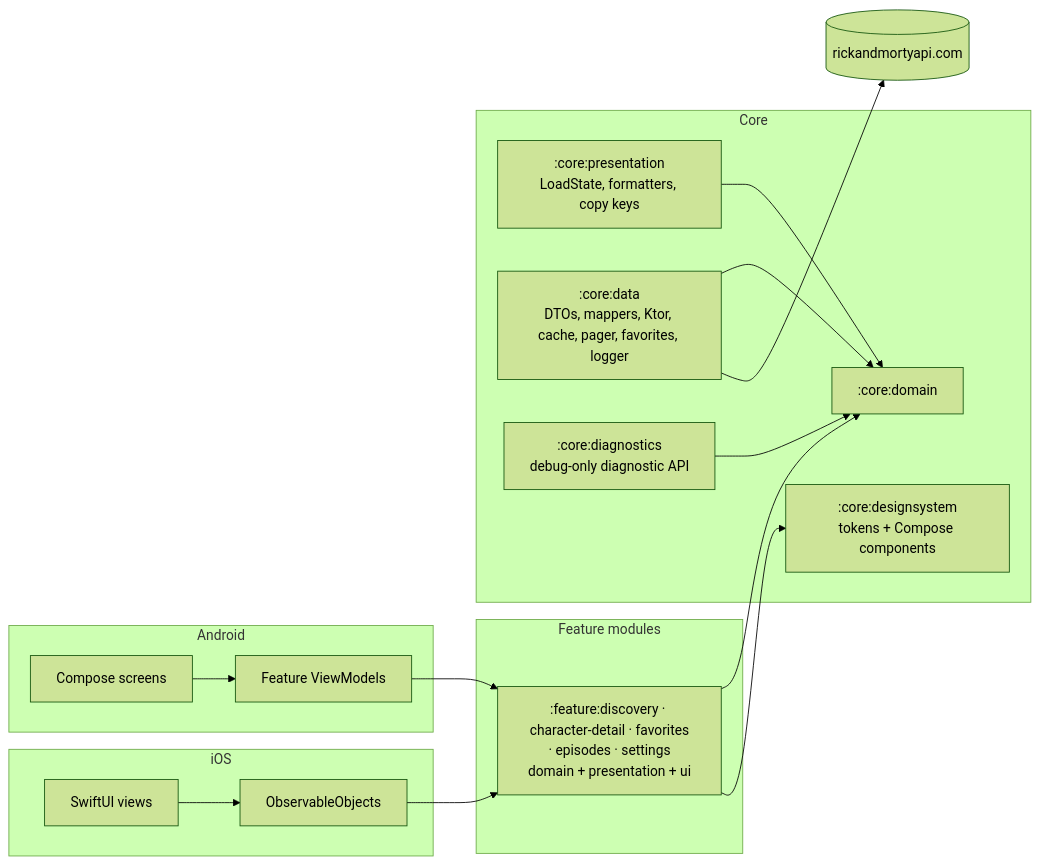
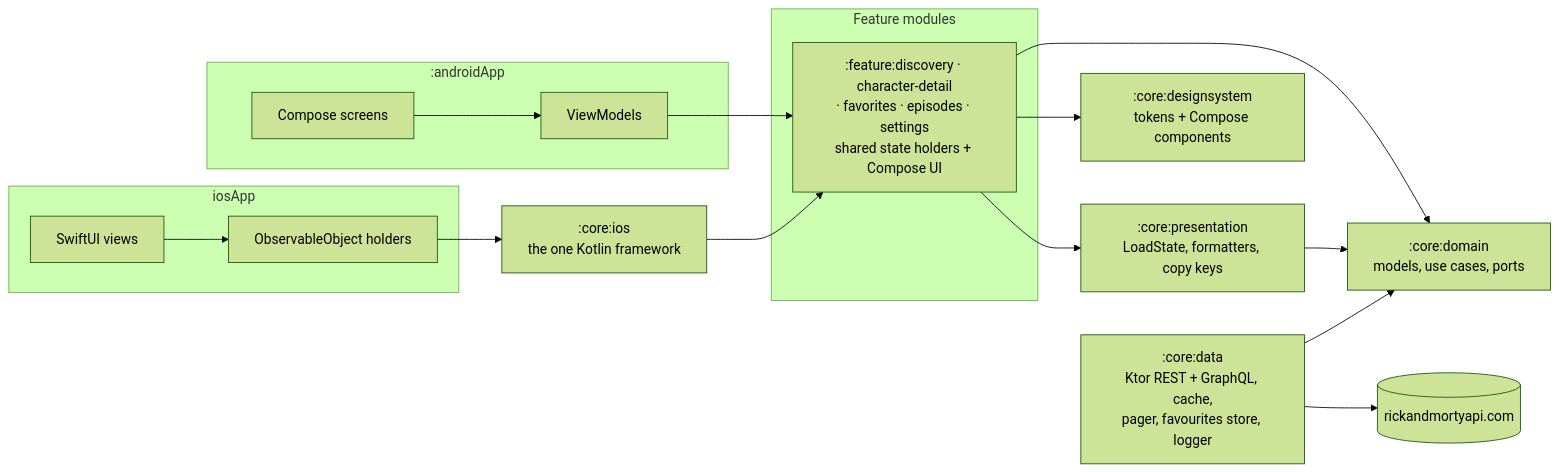
Before and after one commit to davidru85/RickAndMorty: the diagram in README.md, drawn with Mermaid (forest theme). The commit also changed other lines of this file and 1 other file, not shown here.

````diff
--- a/README.md
+++ b/README.md
@@ -87,27 +101,21 @@
 ```mermaid
 flowchart LR
-    subgraph Android
-        AC["Compose screens"] --> AVM["Feature ViewModels"]
+    subgraph Android[":androidApp"]
+        AC["Compose screens"] --> AVM["ViewModels"]
     end
-    subgraph iOS
-        IV["SwiftUI views"] --> IO["ObservableObjects"]
+    subgraph iOS["iosApp"]
+        IV["SwiftUI views"] --> IO["ObservableObject holders"]
     end
+    IO --> CIOS[":core:ios<br/>the one Kotlin framework"]
     AVM --> FEAT
-    IO --> FEAT
-    subgraph "Feature modules"
-        FEAT[":feature:discovery · character-detail · favorites<br/>· episodes · settings<br/>domain + presentation + ui"]
+    CIOS --> FEAT
+    subgraph Features["Feature modules"]
+        FEAT[":feature:discovery · character-detail<br/>· favorites · episodes · settings<br/>shared state holders + Compose UI"]
     end
-    FEAT --> CORE
-    subgraph Core
-        CORE[":core:domain"] 
-        CP[":core:presentation<br/>LoadState, formatters, copy keys"]
-        CDA[":core:data<br/>DTOs, mappers, Ktor, cache, pager, favorites, logger"]
-        CDS[":core:designsystem<br/>tokens + Compose components"]
-        CDG[":core:diagnostics<br/>debug-only diagnostic API"]
-    end
-    CDA --> CORE
-    CP --> CORE
-    CDG --> CORE
-    FEAT --> CDS
+    FEAT --> CP[":core:presentation<br/>LoadState, formatters, copy keys"]
+    FEAT --> CD[":core:domain<br/>models, use cases, ports"]
+    FEAT --> CDS[":core:designsystem<br/>tokens + Compose components"]
+    CP --> CD
+    CDA[":core:data<br/>Ktor REST + GraphQL, cache,<br/>pager, favourites store, logger"] --> CD
     CDA --> API[("rickandmortyapi.com")]
 ```
````
